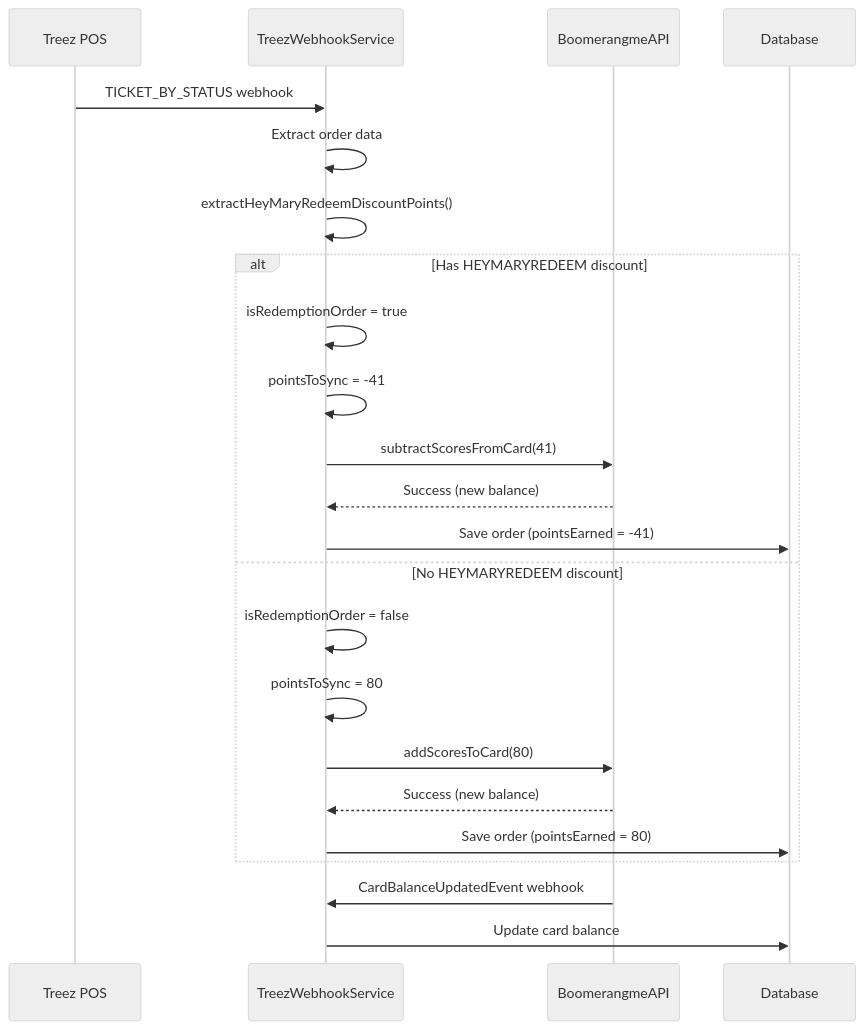
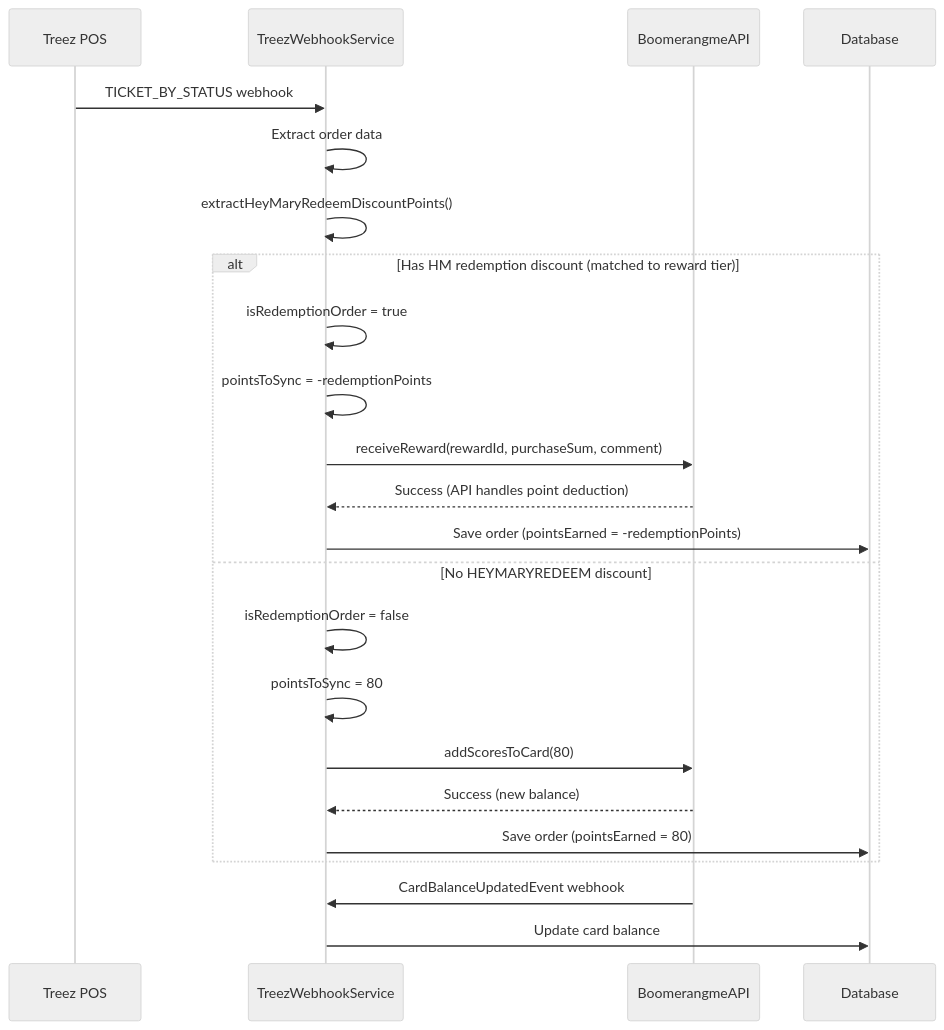
Before and after one commit to SaurabhShrestha87/HeyMary: the diagram in docs/HEYMARYREDEEM_POINT_REDEMPTION.md, drawn with Mermaid (neutral theme). The commit also changed other lines of this file and 4 other files, not shown here.

First line of the commit message:
feat: Enhance HEYMARYREDEEM functionality and API integration

````diff
--- a/docs/HEYMARYREDEEM_POINT_REDEMPTION.md
+++ b/docs/HEYMARYREDEEM_POINT_REDEMPTION.md
@@ -172,28 +178,28 @@
 ```mermaid
 sequenceDiagram
     participant POS as Treez POS
     participant WH as TreezWebhookService
     participant BME as BoomerangmeAPI
     participant DB as Database
 
     POS->>WH: TICKET_BY_STATUS webhook
     WH->>WH: Extract order data
     WH->>WH: extractHeyMaryRedeemDiscountPoints()
     
-    alt Has HEYMARYREDEEM discount
+    alt Has HM redemption discount (matched to reward tier)
         WH->>WH: isRedemptionOrder = true
-        WH->>WH: pointsToSync = -41
-        WH->>BME: subtractScoresFromCard(41)
-        BME-->>WH: Success (new balance)
-        WH->>DB: Save order (pointsEarned = -41)
+        WH->>WH: pointsToSync = -redemptionPoints
+        WH->>BME: receiveReward(rewardId, purchaseSum, comment)
+        BME-->>WH: Success (API handles point deduction)
+        WH->>DB: Save order (pointsEarned = -redemptionPoints)
     else No HEYMARYREDEEM discount
         WH->>WH: isRedemptionOrder = false
         WH->>WH: pointsToSync = 80
         WH->>BME: addScoresToCard(80)
         BME-->>WH: Success (new balance)
         WH->>DB: Save order (pointsEarned = 80)
     end
     
     BME->>WH: CardBalanceUpdatedEvent webhook
     WH->>DB: Update card balance
 ```
````
